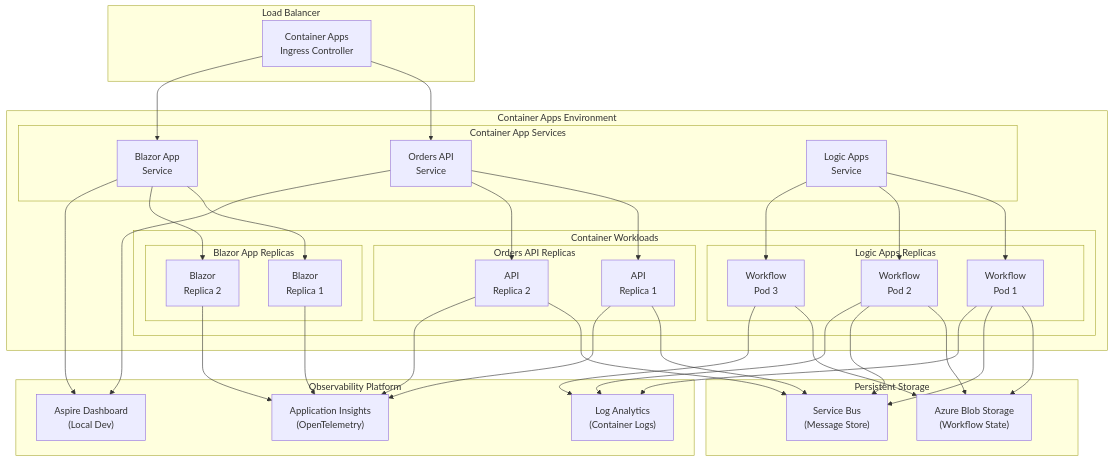
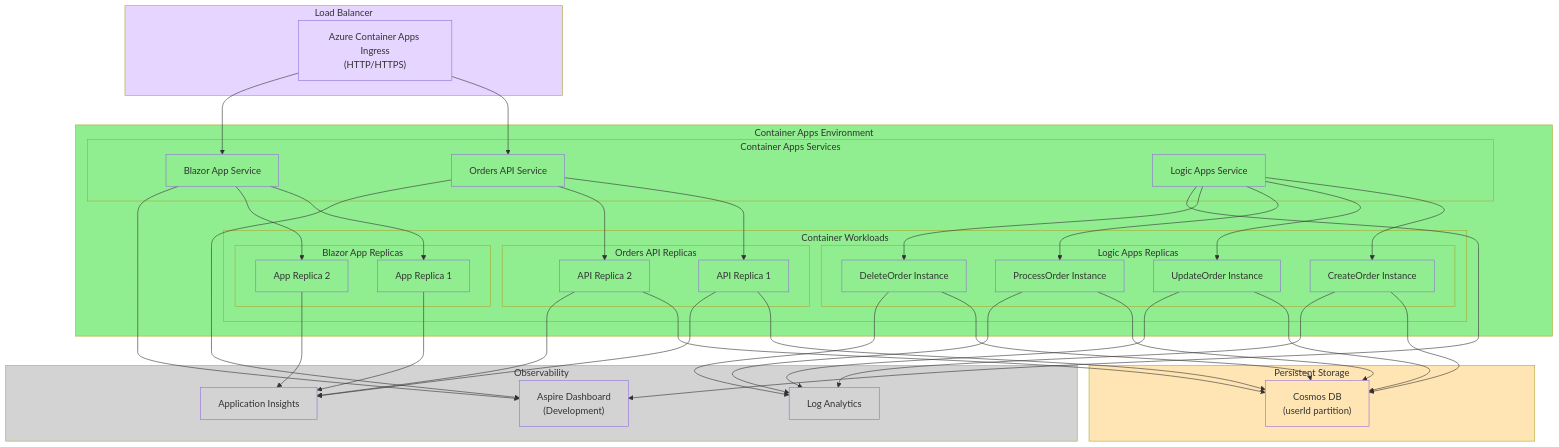
One commit to Evilazaro/Azure-LogicApps-Monitoring changed the tenth of 12 diagrams in README.md. Above: the diagram before and after it, drawn with Mermaid. The commit also changed other lines of this file, not shown here.

Commit message:
refactor: update flowcharts in README.md for improved clarity and consistency

````diff
--- a/README.md
+++ b/README.md
@@ -603,44 +690,44 @@
 ```mermaid
 flowchart TB
     subgraph LoadBalancer["Load Balancer"]
-        Ingress["Container Apps<br/>Ingress Controller"]
+        Ingress["Azure Container Apps Ingress<br/>(HTTP/HTTPS)"]
     end
     
     subgraph ContainerEnvironment["Container Apps Environment"]
-        subgraph Services["Container App Services"]
-            OrdersAPISvc["Orders API<br/>Service"]
-            BlazorAppSvc["Blazor App<br/>Service"]
-            LogicAppsSvc["Logic Apps<br/>Service"]
+        subgraph Services["Container Apps Services"]
+            OrdersAPISvc["Orders API Service"]
+            BlazorAppSvc["Blazor App Service"]
+            LogicAppsSvc["Logic Apps Service"]
         end
         
         subgraph Workloads["Container Workloads"]
             subgraph OrdersAPIPods["Orders API Replicas"]
-                OrdersAPI1["API<br/>Replica 1"]
-                OrdersAPI2["API<br/>Replica 2"]
+                OrdersAPI1["API Replica 1"]
+                OrdersAPI2["API Replica 2"]
             end
             
             subgraph BlazorAppPods["Blazor App Replicas"]
-                BlazorApp1["Blazor<br/>Replica 1"]
-                BlazorApp2["Blazor<br/>Replica 2"]
+                BlazorApp1["App Replica 1"]
+                BlazorApp2["App Replica 2"]
             end
             
             subgraph LogicAppPods["Logic Apps Replicas"]
-                LogicApp1["Workflow<br/>Pod 1"]
-                LogicApp2["Workflow<br/>Pod 2"]
-                LogicApp3["Workflow<br/>Pod 3"]
+                LogicApp1["CreateOrder Instance"]
+                LogicApp2["UpdateOrder Instance"]
+                LogicApp3["ProcessOrder Instance"]
+                LogicApp4["DeleteOrder Instance"]
             end
         end
     end
     
     subgraph PersistentStorage["Persistent Storage"]
-        BlobStorage["Azure Blob Storage<br/>(Workflow State)"]
-        ServiceBus["Service Bus<br/>(Message Store)"]
+        CosmosDB["Cosmos DB<br/>(userId partition)"]
     end
     
-    subgraph ObservabilityPlatform["Observability Platform"]
-        AppInsights["Application Insights<br/>(OpenTelemetry)"]
-        LogAnalytics["Log Analytics<br/>(Container Logs)"]
-        AspireDashboard["Aspire Dashboard<br/>(Local Dev)"]
+    subgraph ObservabilityPlatform["Observability"]
+        AppInsights["Application Insights"]
+        LogAnalytics["Log Analytics"]
+        AspireDashboard["Aspire Dashboard<br/>(Development)"]
     end
     
     Ingress --> OrdersAPISvc
@@ -655,25 +742,51 @@
     LogicAppsSvc --> LogicApp1
     LogicAppsSvc --> LogicApp2
     LogicAppsSvc --> LogicApp3
+    LogicAppsSvc --> LogicApp4
     
-    LogicApp1 --> BlobStorage
-    LogicApp2 --> BlobStorage
-    LogicApp3 --> BlobStorage
-    
-    OrdersAPI1 --> ServiceBus
-    OrdersAPI2 --> ServiceBus
-    LogicApp1 --> ServiceBus
-    LogicApp2 --> ServiceBus
+    OrdersAPI1 --> CosmosDB
+    OrdersAPI2 --> CosmosDB
+    LogicApp1 --> CosmosDB
+    LogicApp2 --> CosmosDB
+    LogicApp3 --> CosmosDB
+    LogicApp4 --> CosmosDB
     
     OrdersAPI1 --> AppInsights
     OrdersAPI2 --> AppInsights
     BlazorApp1 --> AppInsights
     BlazorApp2 --> AppInsights
-    
     LogicApp1 --> LogAnalytics
     LogicApp2 --> LogAnalytics
     LogicApp3 --> LogAnalytics
+    LogicApp4 --> LogAnalytics
     
     OrdersAPISvc --> AspireDashboard
     BlazorAppSvc --> AspireDashboard
+    LogicAppsSvc --> AspireDashboard
+    
+    style LoadBalancer fill:#E6D5FF
+    style ContainerEnvironment fill:#90EE90
+    style Services fill:#90EE90
+    style Workloads fill:#90EE90
+    style PersistentStorage fill:#FFE5B4
+    style ObservabilityPlatform fill:#D3D3D3
+    style Ingress fill:#E6D5FF
+    style OrdersAPISvc fill:#90EE90
+    style BlazorAppSvc fill:#90EE90
+    style LogicAppsSvc fill:#90EE90
+    style OrdersAPIPods fill:#90EE90
+    style BlazorAppPods fill:#90EE90
+    style LogicAppPods fill:#90EE90
+    style OrdersAPI1 fill:#90EE90
+    style OrdersAPI2 fill:#90EE90
+    style BlazorApp1 fill:#90EE90
+    style BlazorApp2 fill:#90EE90
+    style LogicApp1 fill:#90EE90
+    style LogicApp2 fill:#90EE90
+    style LogicApp3 fill:#90EE90
+    style LogicApp4 fill:#90EE90
+    style CosmosDB fill:#FFE5B4
+    style AppInsights fill:#D3D3D3
+    style LogAnalytics fill:#D3D3D3
+    style AspireDashboard fill:#D3D3D3
 ```
````
